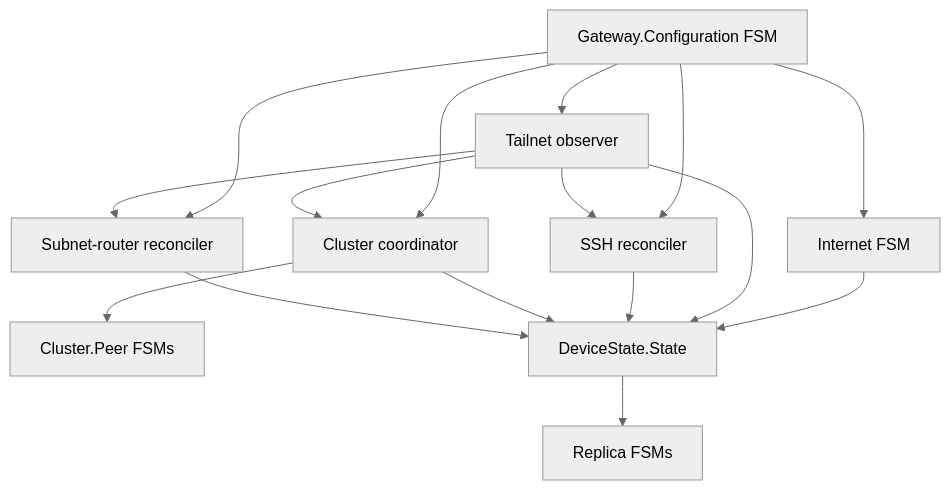
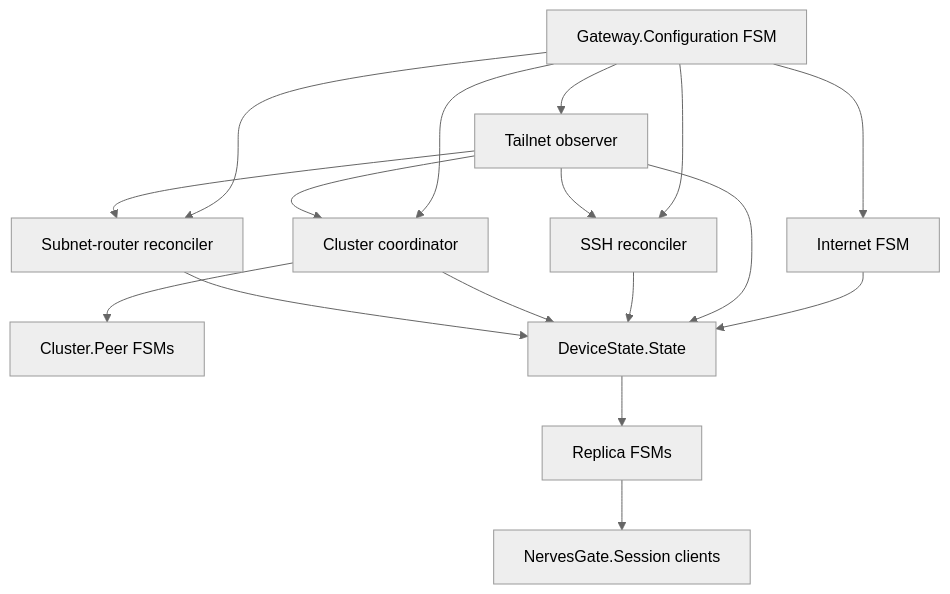
Before and after one commit to sid2baker/nerves_gate: the diagram in docs/command-event-state-implementation-plan.md, drawn with Mermaid (neutral theme). The commit also changed other lines of this file and 39 other files, not shown here.

````diff
--- a/docs/command-event-state-implementation-plan.md
+++ b/docs/command-event-state-implementation-plan.md
@@ -54,18 +56,19 @@
 ```mermaid
 flowchart TD
   Configuration[Gateway.Configuration FSM] --> Internet[Internet FSM]
   Configuration --> Tailnet[Tailnet observer]
   Configuration --> SSH[SSH reconciler]
   Configuration --> Cluster[Cluster coordinator]
   Configuration --> SubnetRouter[Subnet-router reconciler]
   Tailnet --> SSH
   Tailnet --> Cluster
   Tailnet --> SubnetRouter
   Cluster --> Peers[Cluster.Peer FSMs]
   Internet --> DeviceState[DeviceState.State]
   Tailnet --> DeviceState
   SSH --> DeviceState
   Cluster --> DeviceState
   SubnetRouter --> DeviceState
   DeviceState --> Replicas[Replica FSMs]
+  Replicas --> Sessions[NervesGate.Session clients]
 ```
````
